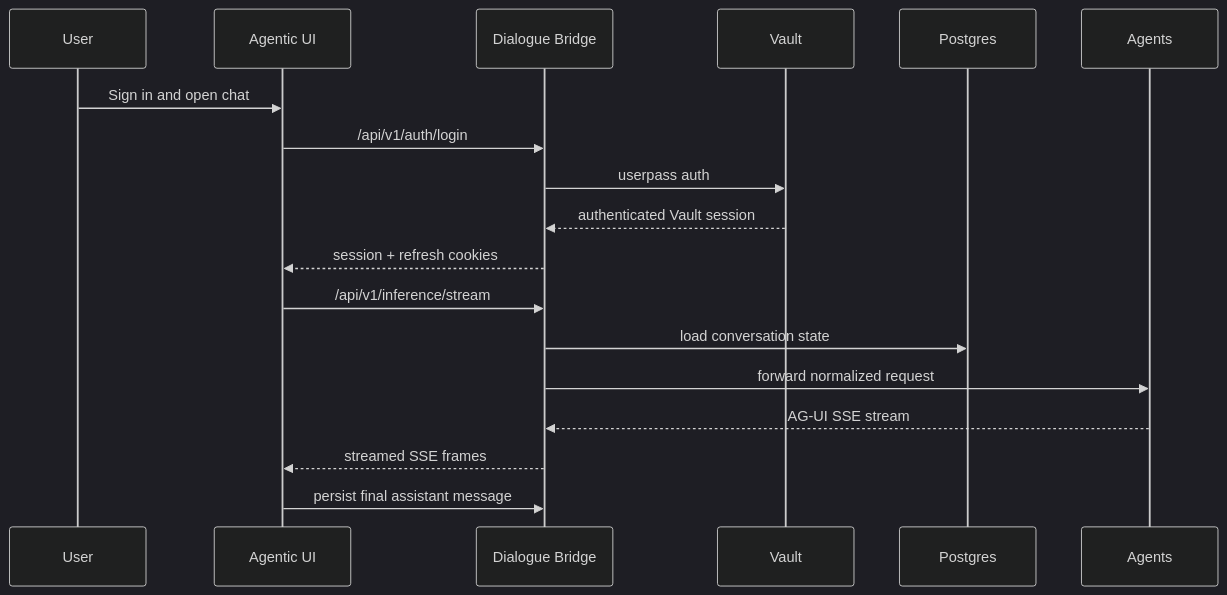
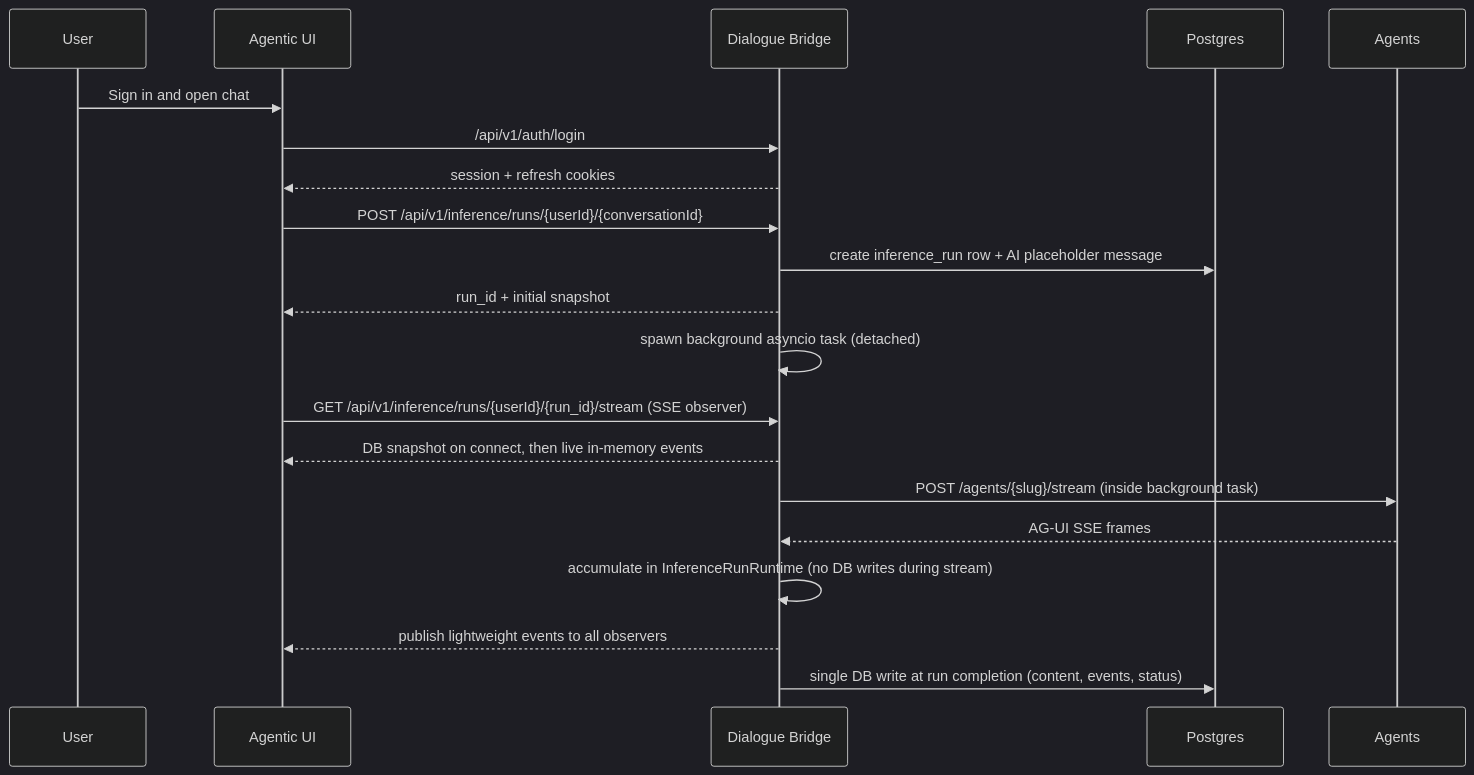
The third of 9 diagrams in README.md (konstantinosmpouros/mAgenticX), drawn with Mermaid (dark theme) before and after one commit. The commit also changed other lines of this file and 30 other files, not shown here.

````diff
--- a/README.md
+++ b/README.md
@@ -113,21 +113,23 @@
 ```mermaid
 sequenceDiagram
     participant U as User
     participant UI as Agentic UI
     participant B as Dialogue Bridge
-    participant V as Vault
     participant P as Postgres
     participant A as Agents
 
     U->>UI: Sign in and open chat
     UI->>B: /api/v1/auth/login
-    B->>V: userpass auth
-    V-->>B: authenticated Vault session
     B-->>UI: session + refresh cookies
-    UI->>B: /api/v1/inference/stream
-    B->>P: load conversation state
-    B->>A: forward normalized request
-    A-->>B: AG-UI SSE stream
-    B-->>UI: streamed SSE frames
-    UI->>B: persist final assistant message
+    UI->>B: POST /api/v1/inference/runs/{userId}/{conversationId}
+    B->>P: create inference_run row + AI placeholder message
+    B-->>UI: run_id + initial snapshot
+    B->>B: spawn background asyncio task (detached)
+    UI->>B: GET /api/v1/inference/runs/{userId}/{run_id}/stream (SSE observer)
+    B-->>UI: DB snapshot on connect, then live in-memory events
+    B->>A: POST /agents/{slug}/stream (inside background task)
+    A-->>B: AG-UI SSE frames
+    B->>B: accumulate in InferenceRunRuntime (no DB writes during stream)
+    B-->>UI: publish lightweight events to all observers
+    B->>P: single DB write at run completion (content, events, status)
 ```
````
